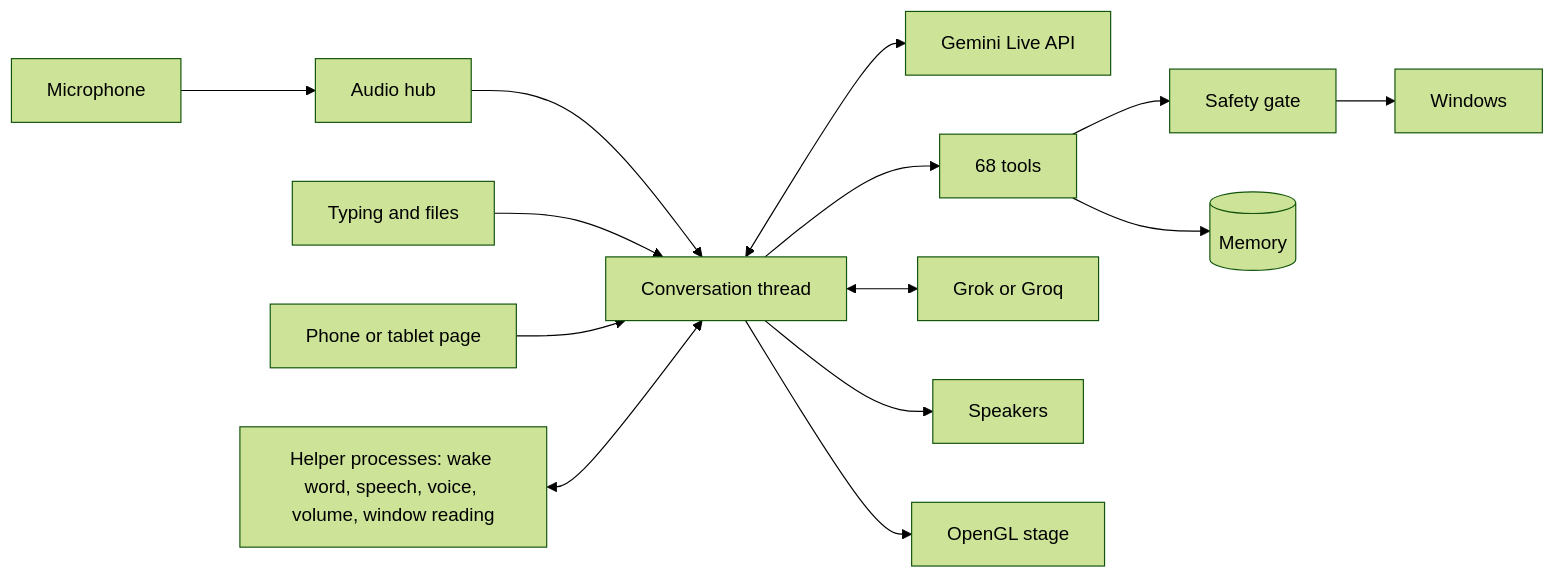
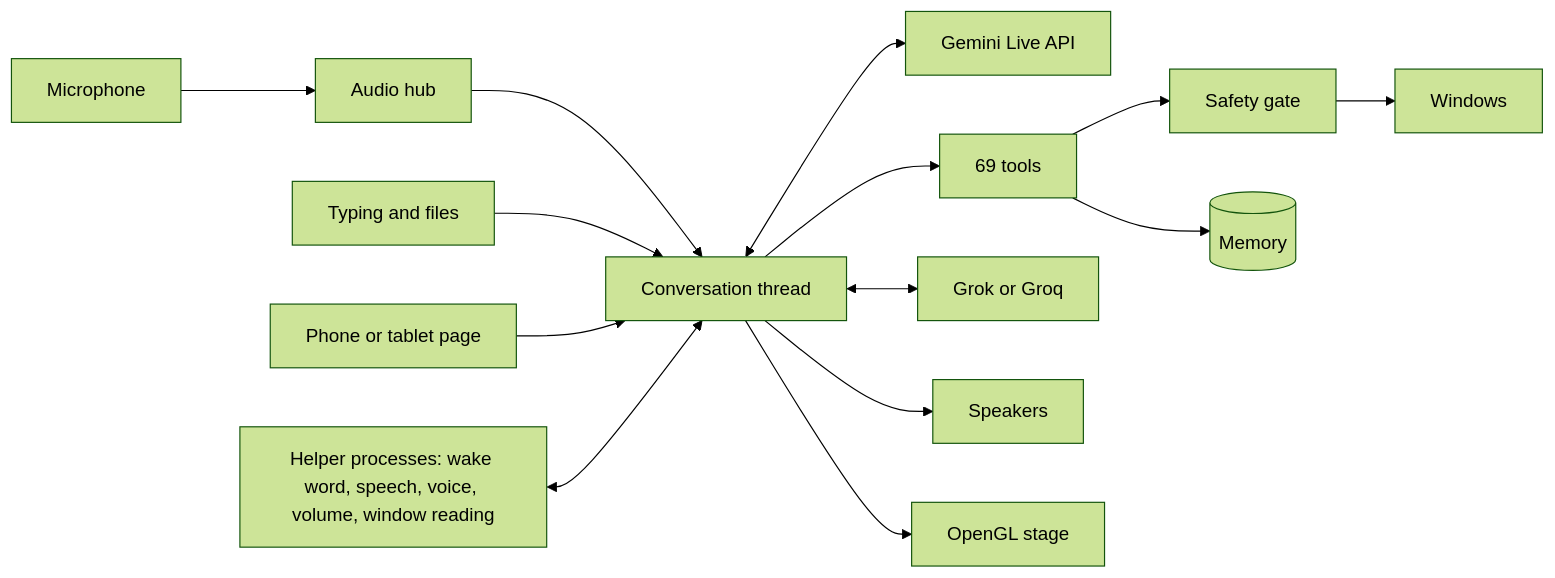
The second of 2 diagrams in README.md (SAMIJAVED217/ALPHA), drawn with Mermaid (forest theme) before and after one commit. The commit also changed other lines of this file and 11 other files, not shown here.

````diff
--- a/README.md
+++ b/README.md
@@ -199,16 +208,16 @@
 ```mermaid
 flowchart LR
     Mic[Microphone] --> Hub[Audio hub]
     Hub --> Talk[Conversation thread]
     Keys[Typing and files] --> Talk
     Talk <--> Gemini[Gemini Live API]
-    Talk --> Tools[68 tools]
+    Talk --> Tools[69 tools]
     Talk <--> Second[Grok or Groq]
     Phone[Phone or tablet page] --> Talk
     Tools --> Gate[Safety gate]
     Gate --> PC[Windows]
     Tools --> Memory[(Memory)]
     Talk --> Speaker[Speakers]
     Talk --> Stage[OpenGL stage]
     Helpers[Helper processes: wake word, speech, voice, volume, window reading] <--> Talk
 ```
````
